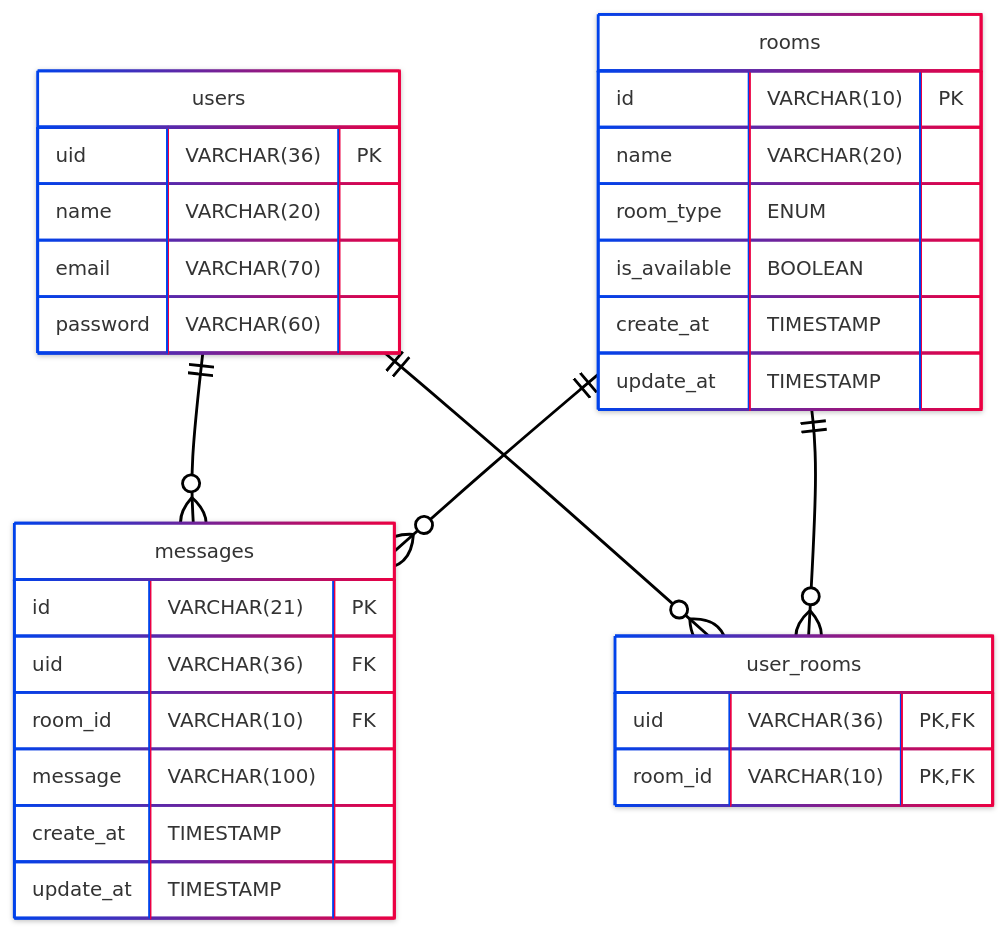
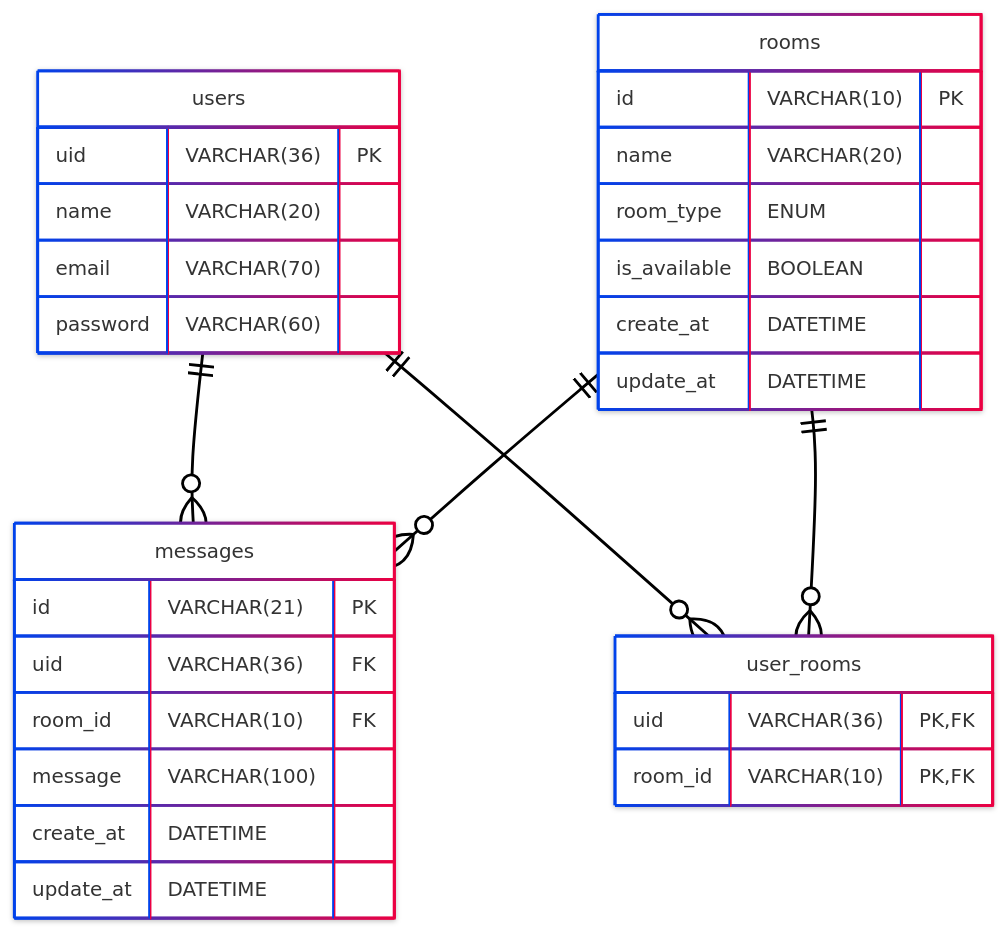
Before and after one commit to RareTECH-Hackathon-TeamM/Nope_Chat_App: the second of 2 diagrams in README.md, drawn with Mermaid.

Commit message:
update(config): Update README.md
Updated ER-Diagram

````diff
--- a/README.md
+++ b/README.md
@@ -61,40 +61,40 @@
 ```mermaid
 ---
 config:
   theme: neo
   look: neo
   layout: dagre
 ---
 erDiagram
 	direction TB
 	users {
 		uid VARCHAR(36) PK ""  
 		name VARCHAR(20)  ""  
 		email VARCHAR(70)  ""  
 		password VARCHAR(60)  ""  
 	}
 	rooms {
 		id VARCHAR(10) PK ""  
 		name VARCHAR(20)  ""  
 		room_type ENUM  ""
 		is_available BOOLEAN  
-		create_at TIMESTAMP  ""  
-		update_at TIMESTAMP  ""  
+		create_at DATETIME  ""  
+		update_at DATETIME  ""  
 	}
 	messages {
 		id VARCHAR(21) PK ""  
 		uid VARCHAR(36) FK ""  
 		room_id VARCHAR(10) FK ""  
 		message VARCHAR(100)  ""  
-		create_at TIMESTAMP  ""  
-		update_at TIMESTAMP  ""  
+		create_at DATETIME  ""  
+		update_at DATETIME  ""  
 	}
 	user_rooms {
 		uid VARCHAR(36) PK,FK ""  
 		room_id VARCHAR(10) PK,FK ""  
 	}
 	users||--o{messages:"  "
 	rooms||--o{messages:"  "
 	users||--o{user_rooms:"  "
 	rooms||--o{user_rooms:"  "
 ```
````
